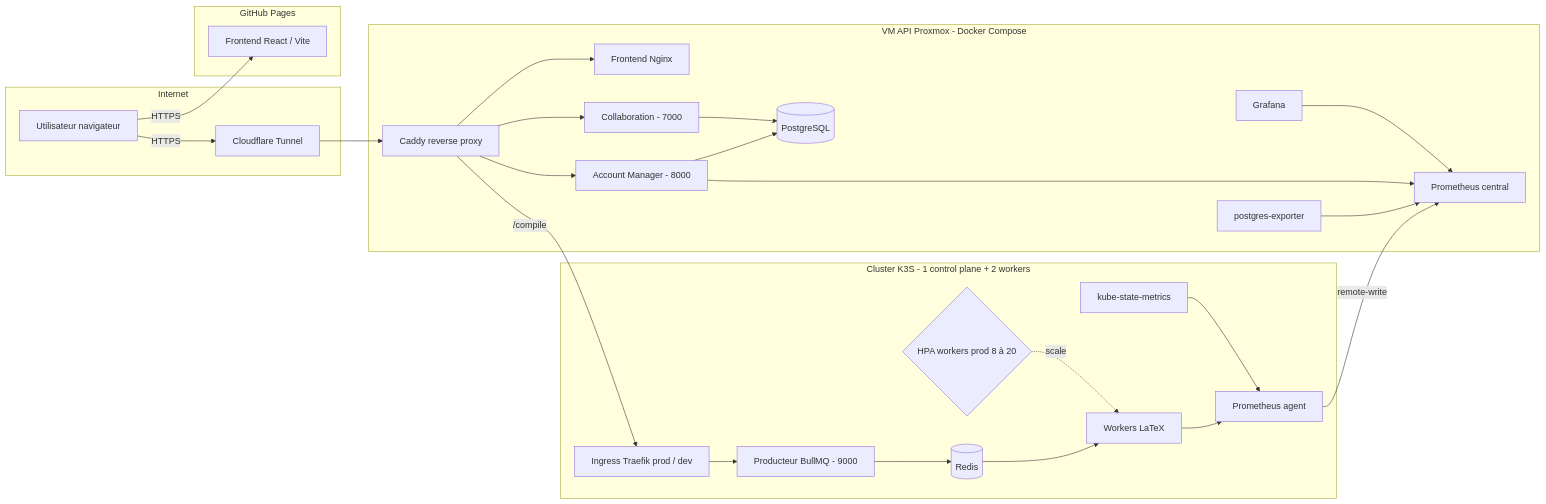
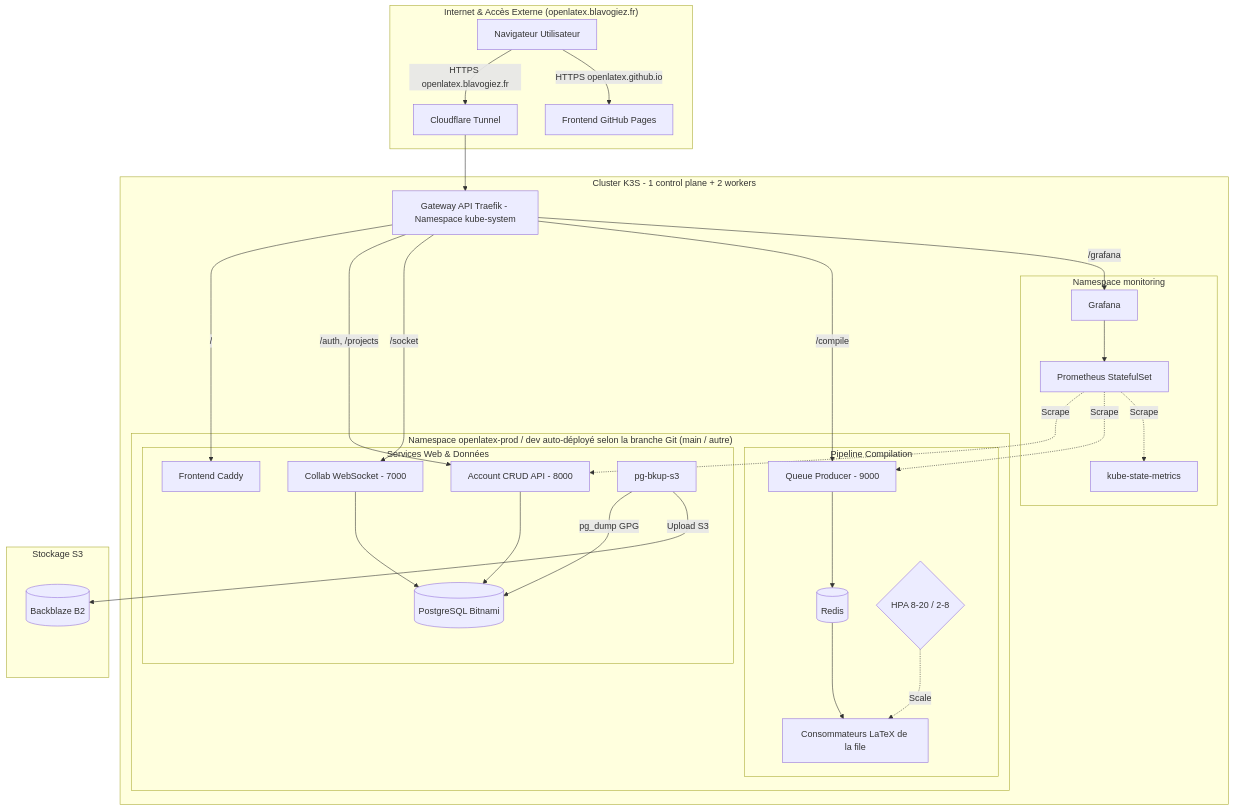
The diagram in README.md (OpenLaTeX/openlatex.github.io), drawn with Mermaid before and after one commit. The commit also changed other lines of this file and 3 other files, not shown here.

````diff
--- a/README.md
+++ b/README.md
@@ -58,48 +82,62 @@
 ```mermaid
-flowchart LR
-    subgraph Internet
-      U[Utilisateur navigateur]
-      Tunnel[Cloudflare Tunnel]
+flowchart TD
+    subgraph Internet["Internet & Accès Externe (openlatex.blavogiez.fr)"]
+      U[Navigateur Utilisateur] -->|HTTPS openlatex.blavogiez.fr| Tunnel[Cloudflare Tunnel]
+      U -->|HTTPS openlatex.github.io| FEPages[Frontend GitHub Pages]
     end
-    subgraph GHPages[GitHub Pages]
-      FEPages[Frontend React / Vite]
+
+    subgraph K3S[Cluster K3S - 1 control plane + 2 workers]
+      Gateway[Gateway API Traefik - Namespace kube-system]
+
+      subgraph AppNS["Namespace openlatex-prod / dev auto-déployé selon la branche Git (main / autre)"]
+        subgraph WebServices[Services Web & Données]
+          FE[Frontend Caddy]
+          AM[Account CRUD API - 8000]
+          Collab[Collab WebSocket - 7000]
+          PG[(PostgreSQL Bitnami)]
+          Bkup[pg-bkup-s3]
+          
+          AM --> PG
+          Collab --> PG
+          Bkup -->|pg_dump GPG| PG
+        end
+
+        subgraph CompilePipeline[Pipeline Compilation]
+          Producer[Queue Producer - 9000]
+          Redis[(Redis)]
+          Comp[Consommateurs LaTeX de la file]
+          HPA{HPA 8-20 / 2-8}
+
+          Producer --> Redis --> Comp
+          HPA -.->|Scale| Comp
+        end
+      end
+
+      subgraph MonitoringNS[Namespace monitoring]
+        Graf[Grafana] --> Prom[Prometheus StatefulSet]
+        KSM[kube-state-metrics]
+      end
     end
-    subgraph API[VM API Proxmox - Docker Compose]
-      Caddy[Caddy reverse proxy]
-      FECompose[Frontend Nginx]
-      AM[Account Manager - 8000]
-      Collab[Collaboration - 7000]
-      PG[(PostgreSQL)]
-      Prom[Prometheus central]
-      Graf[Grafana]
-      PGE[postgres-exporter]
+
+    subgraph Storage[Stockage S3]
+      B2[(Backblaze B2)]
     end
-    subgraph K3S[Cluster K3S - 1 control plane + 2 workers]
-      Ingress[Ingress Traefik prod / dev]
-      Producer[Producteur BullMQ - 9000]
-      Redis[(Redis)]
-      HPA{HPA workers prod 8 à 20}
-      Comp[Workers LaTeX]
-      PromAgent[Prometheus agent]
-      KSM[kube-state-metrics]
-    end
-    U -->|HTTPS| FEPages
-    U -->|HTTPS| Tunnel
-    Tunnel --> Caddy
-    Caddy --> FECompose
-    Caddy --> AM
-    Caddy --> Collab
-    Caddy -->|/compile| Ingress
-    Ingress --> Producer
-    Producer --> Redis
-    Redis --> Comp
-    AM --> PG
-    Collab --> PG
-    HPA -.scale.-> Comp
-    PromAgent -->|remote-write| Prom
-    PGE --> Prom
-    AM --> Prom
-    Comp --> PromAgent
-    KSM --> PromAgent
-    Graf --> Prom
+
+    %% Connexion externe vers K3S
+    Tunnel --> Gateway
+
+    %% Routage Gateway API
+    Gateway -->|/| FE
+    Gateway -->|/auth, /projects| AM
+    Gateway -->|/socket| Collab
+    Gateway -->|/compile| Producer
+    Gateway -->|/grafana| Graf
+
+    %% Sauvegardes
+    Bkup -->|Upload S3| B2
+
+    %% Métriques
+    Prom -.->|Scrape| AM
+    Prom -.->|Scrape| Producer
+    Prom -.->|Scrape| KSM
 ```
````
